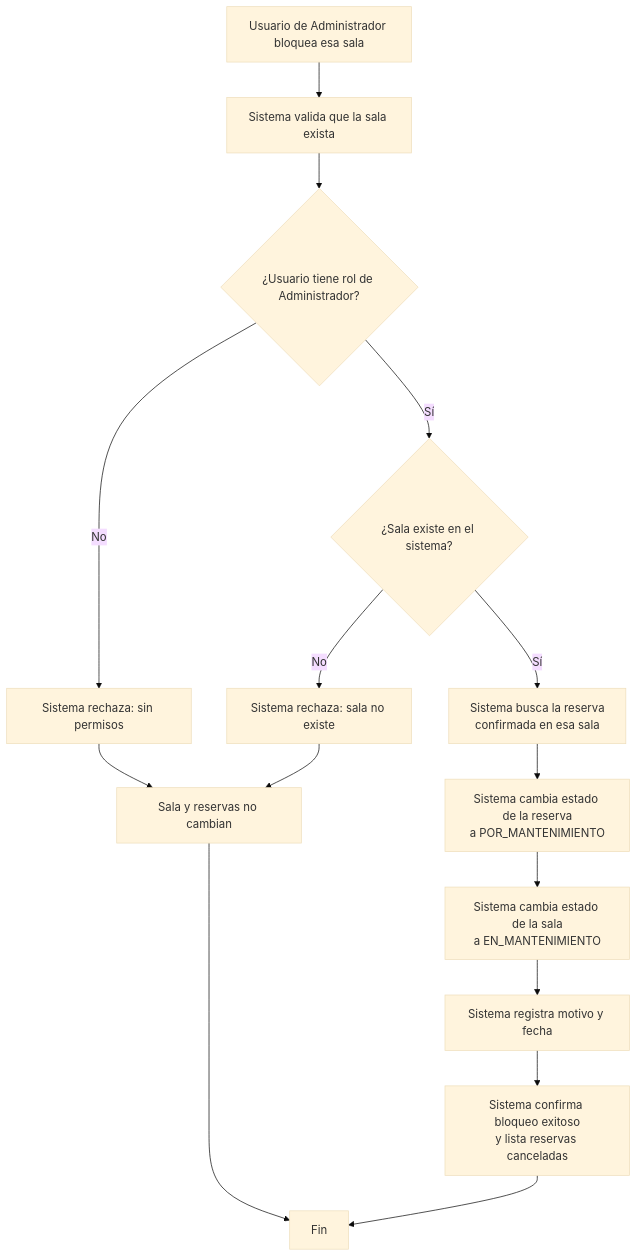
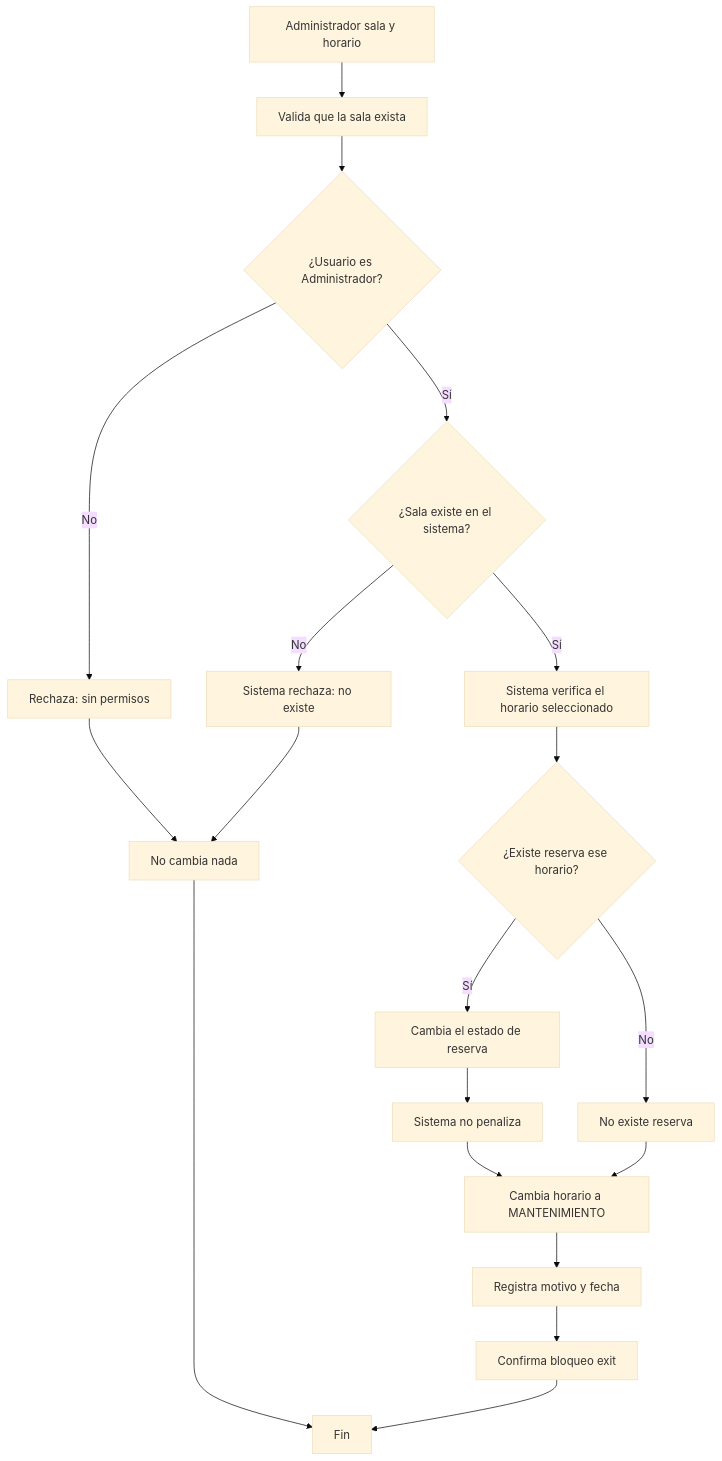
One commit to Sebas0032/SalaMandra changed the diagram in docs/sesion-07-modelos.md. Above: the diagram before and after it, drawn with Mermaid (base theme). The commit also changed other lines of this file and 1 other file, not shown here.

````diff
--- a/docs/sesion-07-modelos.md
+++ b/docs/sesion-07-modelos.md
@@ -77,17 +79,21 @@
 ```mermaid
 flowchart TD
-    A[Usuario de Administrador bloquea esa sala] --> B[Sistema valida que la sala exista]
-    B --> C{¿Usuario tiene rol de Administrador?}
-    C -->|No| D[Sistema rechaza: sin permisos]
-    D --> E[Sala y reservas no cambian]
-    C -->|Sí| F{¿Sala existe en el sistema?}
-    F -->|No| G[Sistema rechaza: sala no existe]
-    G --> E
-    F -->|Sí| H[Sistema busca la reserva<br/>confirmada en esa sala]
-    H --> I[Sistema cambia estado de la reserva<br/>a POR_MANTENIMIENTO]
-    I --> J[Sistema cambia estado de la sala<br/>a EN_MANTENIMIENTO]
-    J --> K[Sistema registra motivo y fecha]
-    K --> L[Sistema confirma bloqueo exitoso<br/>y lista reservas canceladas]
-    E --> M[Fin]
-    L --> M
+A[Administrador sala y horario] --> B[Valida que la sala exista]
+B --> C{¿Usuario es Administrador?}
+C -->|No| D[Rechaza: sin permisos]
+D --> E[No cambia nada]
+C -->|Sí| F{¿Sala existe en el sistema?}
+F -->|No| G[Sistema rechaza: no existe]
+G --> E
+F -->|Sí| H[Sistema verifica el horario seleccionado]
+H --> I{¿Existe reserva ese horario?}
+I -->|Sí| J[Cambia el estado de reserva]
+J --> K[Sistema no penaliza]
+I -->|No| L[No existe reserva]
+K --> M[Cambia horario a MANTENIMIENTO]
+L --> M
+M --> N[Registra motivo y fecha]
+N --> O[Confirma bloqueo exit]
+O --> P[Fin]
+E --> P
 ```
````
